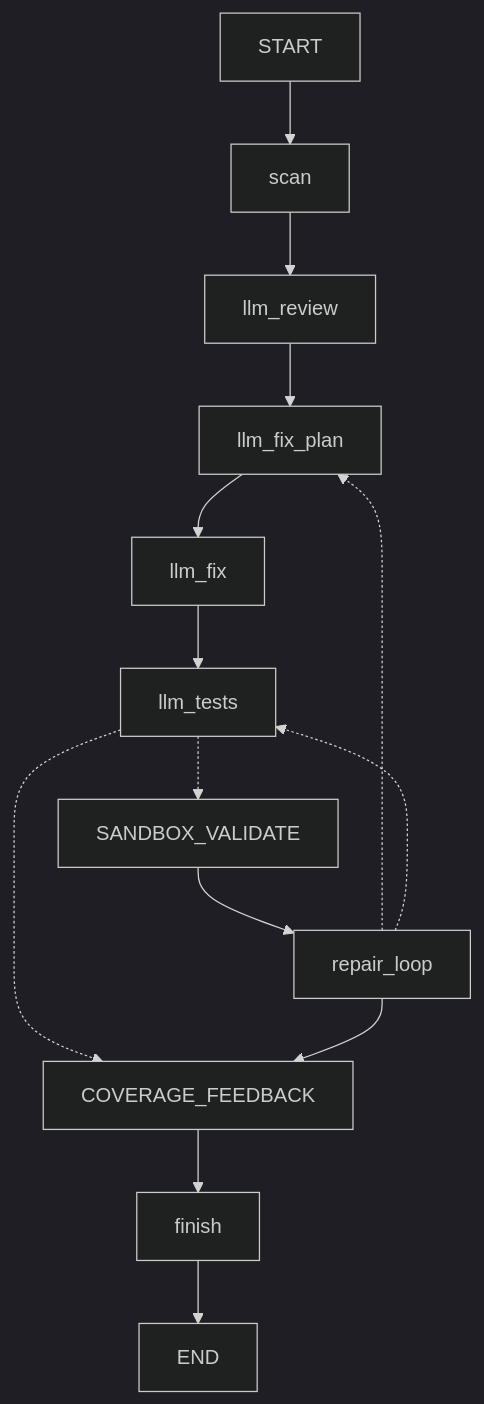
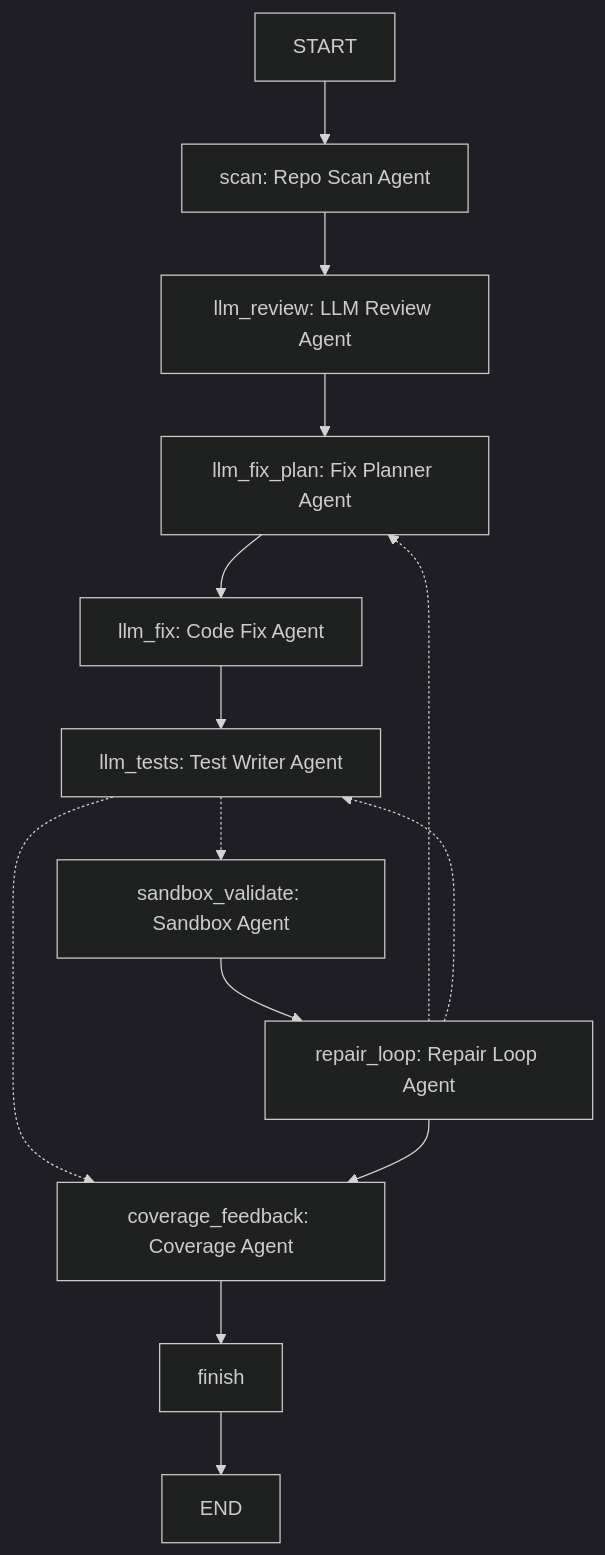
Before and after one commit to Isaacsen/cs599-project: the first of 2 diagrams in docs/architecture.md, drawn with Mermaid (dark theme). The commit also changed other lines of this file and 30 other files, not shown here.

````diff
--- a/docs/architecture.md
+++ b/docs/architecture.md
@@ -11,16 +11,16 @@
 ```mermaid
 graph TD
-    START["START"] --> SCAN["scan"]
-    SCAN --> LLM_REVIEW["llm_review"]
-    LLM_REVIEW --> LLM_FIX_PLAN["llm_fix_plan"]
-    LLM_FIX_PLAN --> LLM_FIX["llm_fix"]
-    LLM_FIX --> LLM_TESTS["llm_tests"]
-    LLM_TESTS -.-> SANDBOX_VALIDATE
-    LLM_TESTS -.-> COVERAGE_FEEDBACK
-    SANDBOX_VALIDATE --> REPAIR_LOOP["repair_loop"]
+    START["START"] --> SCAN["scan: Repo Scan Agent"]
+    SCAN --> LLM_REVIEW["llm_review: LLM Review Agent"]
+    LLM_REVIEW --> LLM_FIX_PLAN["llm_fix_plan: Fix Planner Agent"]
+    LLM_FIX_PLAN --> LLM_FIX["llm_fix: Code Fix Agent"]
+    LLM_FIX --> LLM_TESTS["llm_tests: Test Writer Agent"]
+    LLM_TESTS -.-> SANDBOX_VALIDATE["sandbox_validate: Sandbox Agent"]
+    LLM_TESTS -.-> COVERAGE_FEEDBACK["coverage_feedback: Coverage Agent"]
+    SANDBOX_VALIDATE --> REPAIR_LOOP["repair_loop: Repair Loop Agent"]
     REPAIR_LOOP -.-> LLM_FIX_PLAN
     REPAIR_LOOP -.-> LLM_TESTS
     REPAIR_LOOP --> COVERAGE_FEEDBACK
     COVERAGE_FEEDBACK --> FINISH["finish"]
     FINISH --> END["END"]
 ```
````
